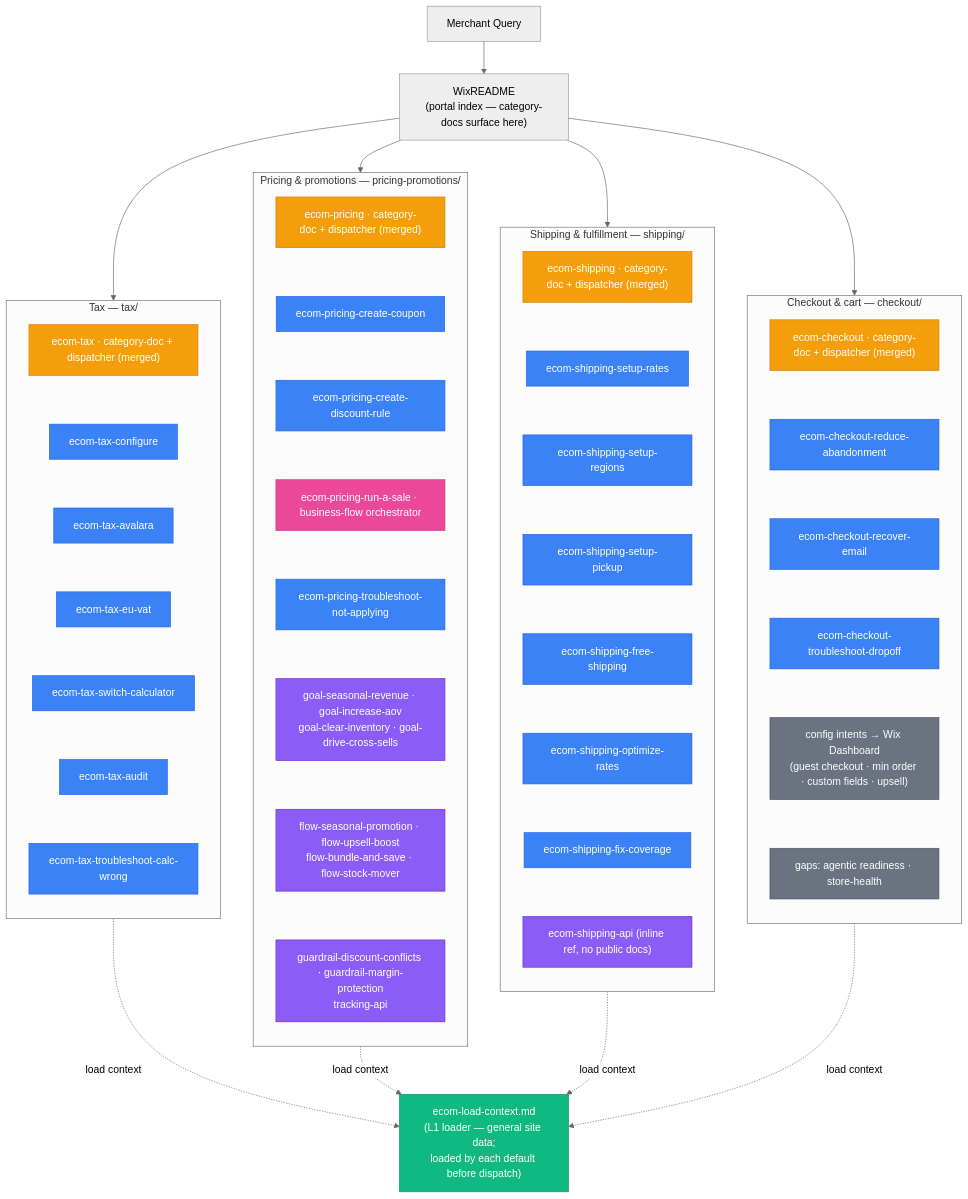
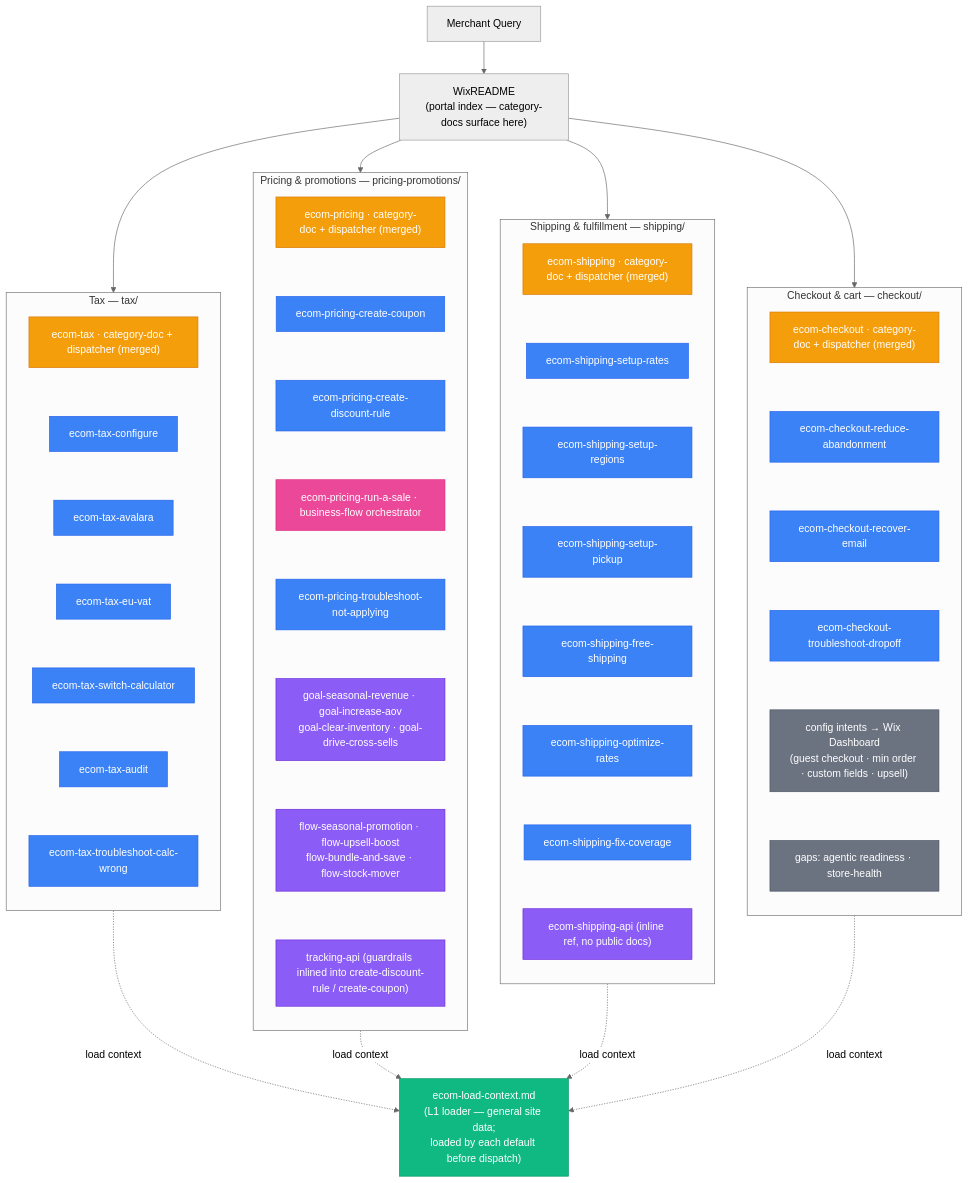
One commit to wix/skills changed the diagram in skills/wix-manage/references/ecommerce/skill-graph.md. Above: the diagram before and after it, drawn with Mermaid (neutral theme). The commit also changed other lines of this file and 14 other files, not shown here.

First line of the commit message:
refactor(wix-manage): inline pricing guardrails into the create skills

````diff
--- a/skills/wix-manage/references/ecommerce/skill-graph.md
+++ b/skills/wix-manage/references/ecommerce/skill-graph.md
@@ -8,82 +8,82 @@
 ```mermaid
 flowchart TB
     MR["Merchant Query"] --> README["WixREADME<br/>(portal index — category-docs surface here)"]
 
     README --> TAX
     README --> PRICE
     README --> SHIP
     README --> CHECKOUT
 
     LOADER["ecom-load-context.md<br/>(L1 loader — general site data;<br/>loaded by each default before dispatch)"]
     TAX -.-> |load context| LOADER
     PRICE -.-> |load context| LOADER
     SHIP -.-> |load context| LOADER
     CHECKOUT -.-> |load context| LOADER
 
     %% ---------- Tax L3 ----------
     subgraph TAX["Tax — tax/"]
         direction TB
         TAXDEF["ecom-tax · category-doc + dispatcher (merged)"]
         TC["ecom-tax-configure"]
         TA["ecom-tax-avalara"]
         TV["ecom-tax-eu-vat"]
         TS["ecom-tax-switch-calculator"]
         TU["ecom-tax-audit"]
         TT["ecom-tax-troubleshoot-calc-wrong"]
         TAXDEF ~~~ TC ~~~ TA ~~~ TV ~~~ TS ~~~ TU ~~~ TT
     end
 
     %% ---------- Pricing & promotions L3 ----------
     subgraph PRICE["Pricing & promotions — pricing-promotions/"]
         direction TB
         PRICEDEF["ecom-pricing · category-doc + dispatcher (merged)"]
         PC["ecom-pricing-create-coupon"]
         PD["ecom-pricing-create-discount-rule"]
         PR["ecom-pricing-run-a-sale · business-flow orchestrator"]
         PB["ecom-pricing-troubleshoot-not-applying"]
         PG["goal-seasonal-revenue · goal-increase-aov<br/>goal-clear-inventory · goal-drive-cross-sells"]
         PF["flow-seasonal-promotion · flow-upsell-boost<br/>flow-bundle-and-save · flow-stock-mover"]
-        PV["guardrail-discount-conflicts · guardrail-margin-protection<br/>tracking-api"]
+        PV["tracking-api (guardrails inlined into create-discount-rule / create-coupon)"]
         PRICEDEF ~~~ PC ~~~ PD ~~~ PR ~~~ PB ~~~ PG ~~~ PF ~~~ PV
     end
 
     %% ---------- Shipping & fulfillment L3 (migrated) ----------
     subgraph SHIP["Shipping & fulfillment — shipping/"]
         direction TB
         SHIPDEF["ecom-shipping · category-doc + dispatcher (merged)"]
         SR["ecom-shipping-setup-rates"]
         SG["ecom-shipping-setup-regions"]
         SP["ecom-shipping-setup-pickup"]
         SF["ecom-shipping-free-shipping"]
         SO["ecom-shipping-optimize-rates"]
         SX["ecom-shipping-fix-coverage"]
         SS["ecom-shipping-api (inline ref, no public docs)"]
         SHIPDEF ~~~ SR ~~~ SG ~~~ SP ~~~ SF ~~~ SO ~~~ SX ~~~ SS
     end
 
     %% ---------- Checkout & cart L3 (migrated) ----------
     subgraph CHECKOUT["Checkout & cart — checkout/"]
         direction TB
         CHKDEF["ecom-checkout · category-doc + dispatcher (merged)"]
         CR["ecom-checkout-reduce-abandonment"]
         CE["ecom-checkout-recover-email"]
         CT["ecom-checkout-troubleshoot-dropoff"]
         CD["config intents → Wix Dashboard<br/>(guest checkout · min order · custom fields · upsell)"]
         CG["gaps: agentic readiness · store-health"]
         CHKDEF ~~~ CR ~~~ CE ~~~ CT ~~~ CD ~~~ CG
     end
 
     classDef dispatcher fill:#f59e0b,stroke:#d97706,color:#fff
     classDef promotion fill:#3b82f6,stroke:#2563eb,color:#fff
     classDef orchestrator fill:#ec4899,stroke:#db2777,color:#fff
     classDef support fill:#8b5cf6,stroke:#6d28d9,color:#fff
     classDef loader fill:#10b981,stroke:#059669,color:#fff
     classDef legacy fill:#6b7280,stroke:#4b5563,color:#fff
 
     class TAXDEF,PRICEDEF,SHIPDEF,CHKDEF dispatcher
     class TC,TA,TV,TS,TU,TT,PC,PD,PB,SR,SG,SP,SF,SO,SX,CR,CE,CT promotion
     class PR orchestrator
     class PG,PF,PV,SS support
     class LOADER loader
     class CD,CG legacy
 ```
````
